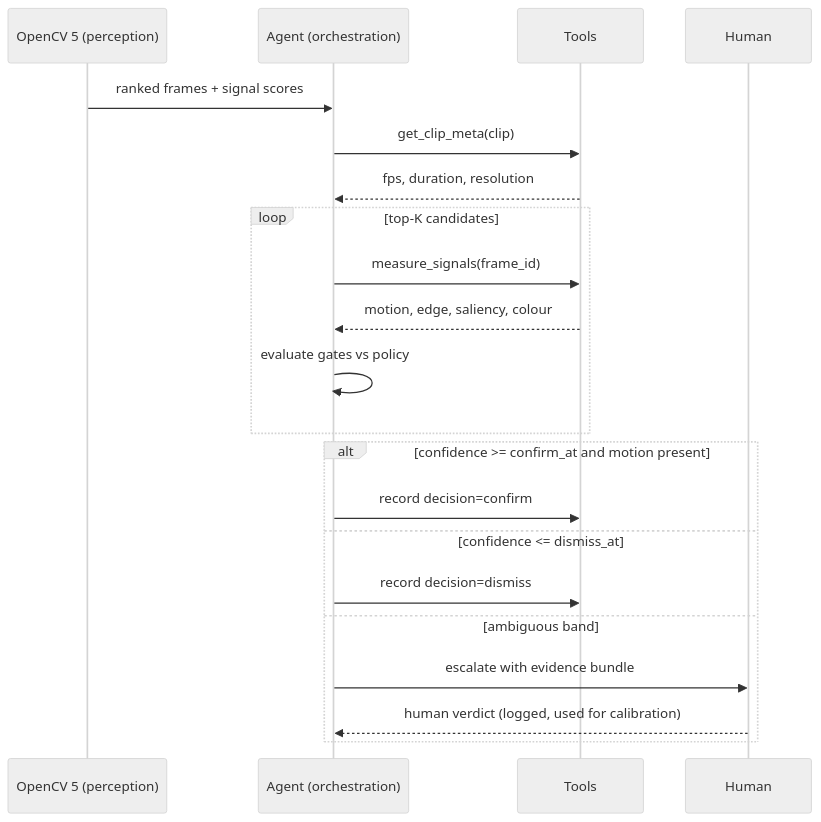
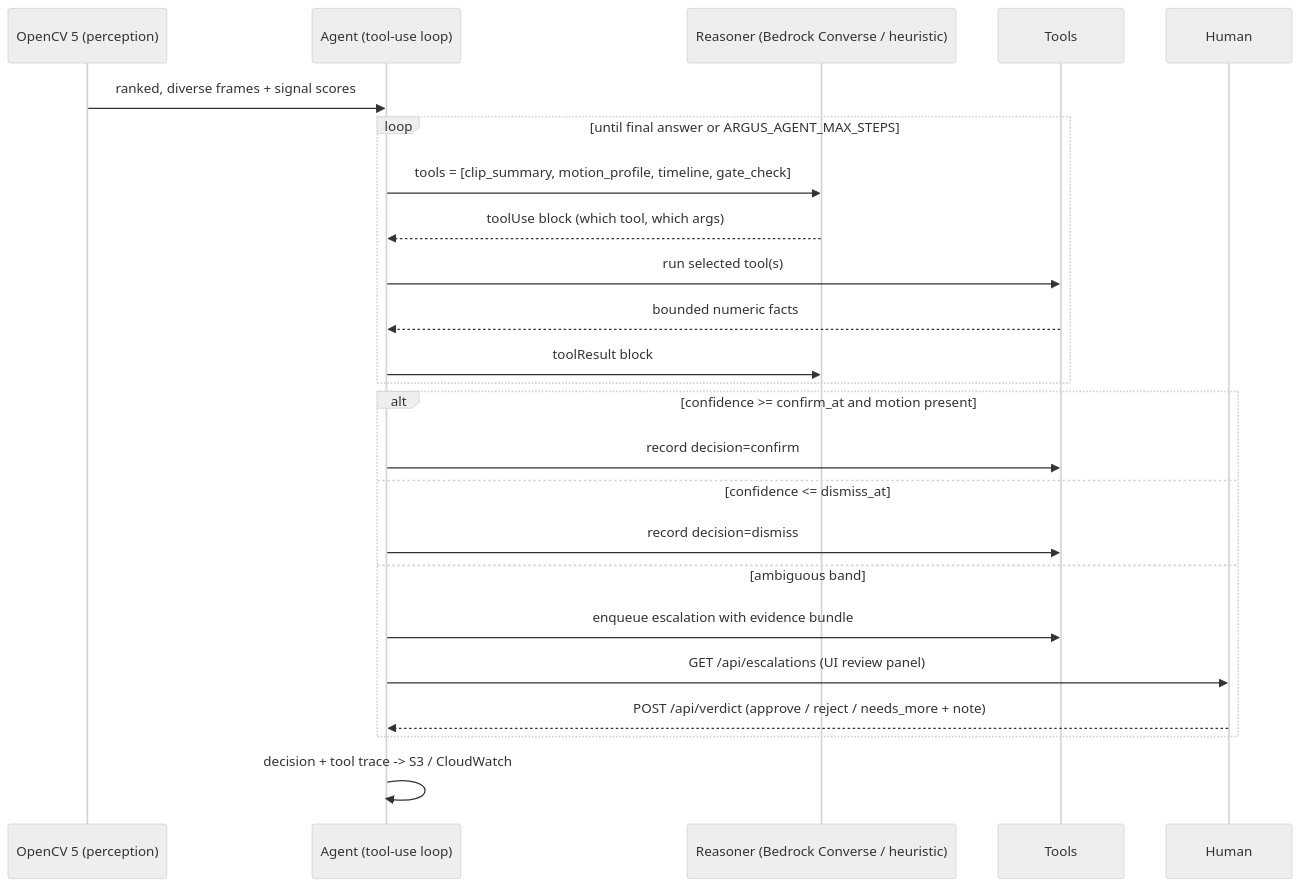
One commit to renigat7-cpu/argus-agentic-video-triage changed the second of 2 diagrams in docs/architecture.md. Above: the diagram before and after it, drawn with Mermaid (neutral theme). The commit also changed other lines of this file and 8 other files, not shown here.

First line of the commit message:
docs: document AWS deployment, human-in-the-loop, failure handling and refresh evidence

````diff
--- a/docs/architecture.md
+++ b/docs/architecture.md
@@ -49,24 +59,27 @@
 ```mermaid
 sequenceDiagram
   participant P as OpenCV 5 (perception)
-  participant A as Agent (orchestration)
+  participant A as Agent (tool-use loop)
+  participant M as Reasoner (Bedrock Converse / heuristic)
   participant T as Tools
   participant H as Human
 
-  P->>A: ranked frames + signal scores
-  A->>T: get_clip_meta(clip)
-  T-->>A: fps, duration, resolution
-  loop top-K candidates
-    A->>T: measure_signals(frame_id)
-    T-->>A: motion, edge, saliency, colour
-    A->>A: evaluate gates vs policy
+  P->>A: ranked, diverse frames + signal scores
+  loop until final answer or ARGUS_AGENT_MAX_STEPS
+    A->>M: tools = [clip_summary, motion_profile, timeline, gate_check]
+    M-->>A: toolUse block (which tool, which args)
+    A->>T: run selected tool(s)
+    T-->>A: bounded numeric facts
+    A->>M: toolResult block
   end
   alt confidence >= confirm_at and motion present
     A->>T: record decision=confirm
   else confidence <= dismiss_at
     A->>T: record decision=dismiss
   else ambiguous band
-    A->>H: escalate with evidence bundle
-    H-->>A: human verdict (logged, used for calibration)
+    A->>T: enqueue escalation with evidence bundle
+    A->>H: GET /api/escalations (UI review panel)
+    H-->>A: POST /api/verdict (approve / reject / needs_more + note)
   end
+  A->>A: decision + tool trace -> S3 / CloudWatch
 ```
````
